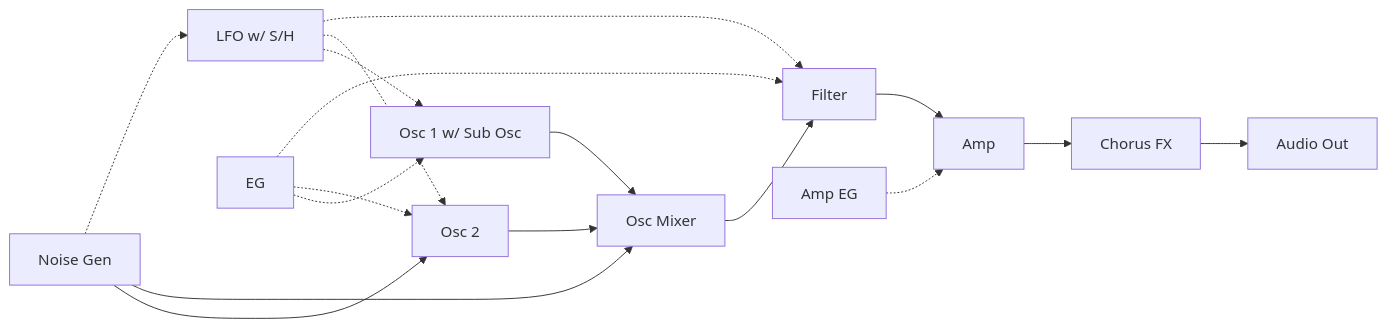
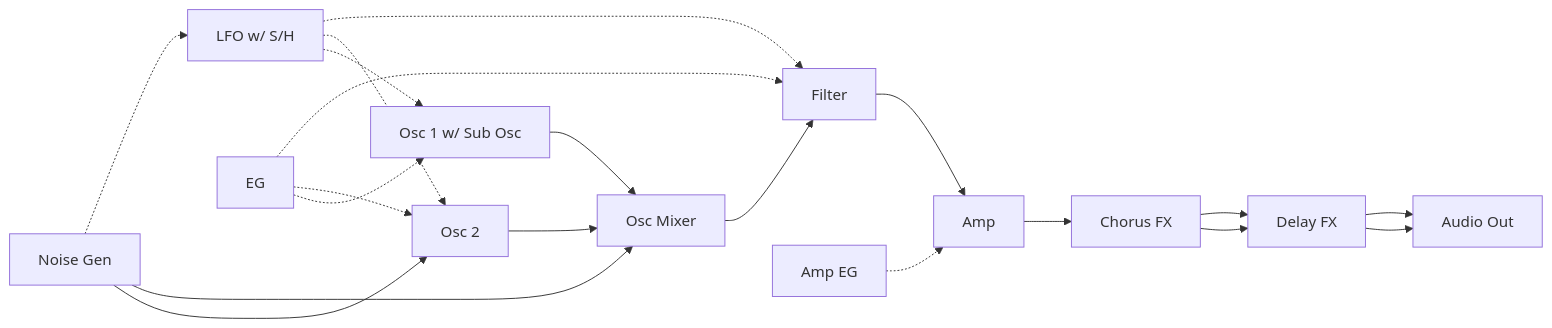
One commit to risgk/digital-synth-pra32-u changed the third of 3 diagrams in README.md. Above: the diagram before and after it, drawn with Mermaid. The commit also changed other lines of this file and 3 other files, not shown here.

````diff
--- a/README.md
+++ b/README.md
@@ -177,11 +181,13 @@
 ```mermaid
 graph LR
     O1[Osc 1 w/ Sub Osc] --> OM[Osc Mixer]
     O2[Osc 2] --> OM
-    OM --> F[Filter] --> A[Amp] --> C[Chorus FX] --> AO[Audio Out]
+    OM --> F[Filter] --> A[Amp] --> C[Chorus FX] --> D[Delay FX] --> AO[Audio Out]
+    C --> D
+    D --> AO
     N[Noise Gen] --> O2 & OM
     N -.-> L[LFO w/ S/H]
     L -.-> O1 & O2 & F
     E[EG] -.-> O1 & O2 & F
     AE[Amp EG] -.-> A
 ```
````
